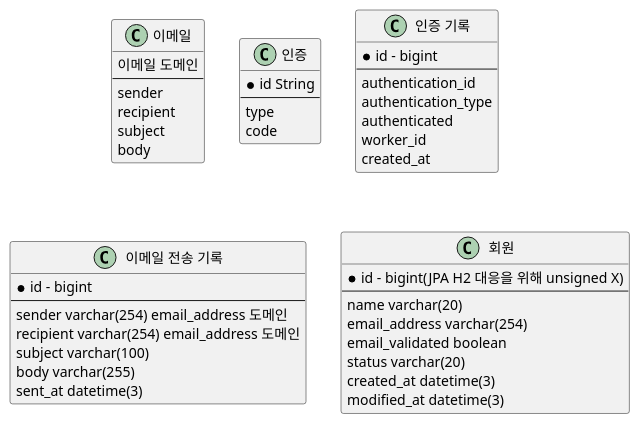
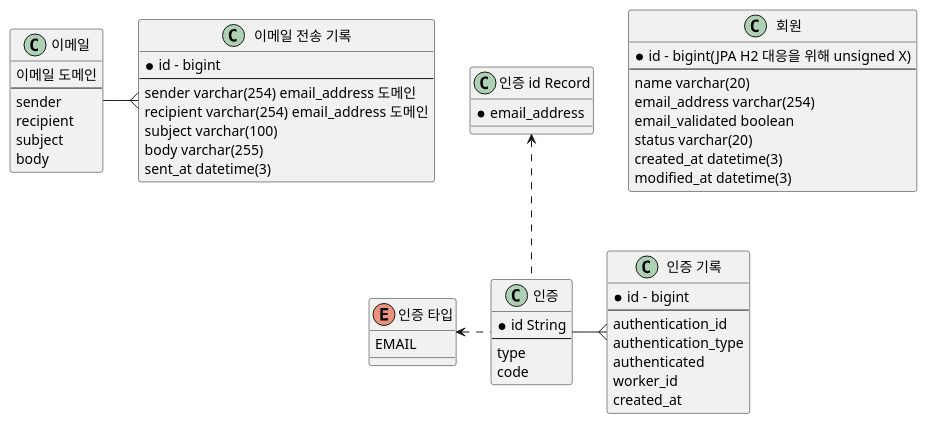
One commit to dykim-base-project/boot2-hexagonal changed the diagram in .uml/Domain.puml. Above: the diagram before and after it, drawn with PlantUML. The commit also changed 1 other file, not shown here.

Commit message:
chore: documentation 설정 추가, 도메인 관계 추가

```diff
--- a/.uml/Domain.puml
+++ b/.uml/Domain.puml
@@ -1,75 +1,88 @@
 @startuml
+
+class "회원" as member {
+    * id - bigint(JPA H2 대응을 위해 unsigned X)
+    ---
+    name varchar(20)
+    email_address varchar(254)
+    email_validated boolean
+    status varchar(20)
+    created_at datetime(3)
+    modified_at datetime(3)
+}
 
 class "이메일" as email {
     이메일 도메인
     ---
     sender
     recipient
     subject
     body
+}
+
+class "이메일 전송 기록" as email_send_history {
+    * id - bigint
+    ---
+    sender varchar(254) email_address 도메인
+    recipient varchar(254) email_address 도메인
+    subject varchar(100)
+    body varchar(255)
+    sent_at datetime(3)
+}
+
+email -{ email_send_history
+
+class "인증 id Record" as authentication_id {
+  * email_address
+}
+
+enum "인증 타입" as authentication_type {
+  EMAIL
 }
 
 class "인증" as authentication {
   * id String
   ---
   type
   code
 }
 
 class "인증 기록" as authentication_history {
   * id - bigint
   ---
   authentication_id
   authentication_type
   authenticated
   worker_id
   created_at
 }
 
-class "이메일 전송 기록" as email_send_history {
-    * id - bigint
-    ---
-    sender varchar(254) email_address 도메인
-    recipient varchar(254) email_address 도메인
-    subject varchar(100)
-    body varchar(255)
-    sent_at datetime(3)
-}
-
-class "회원" as member {
-    * id - bigint(JPA H2 대응을 위해 unsigned X)
-    ---
-    name varchar(20)
-    email_address varchar(254)
-    email_validated boolean
-    status varchar(20)
-    created_at datetime(3)
-    modified_at datetime(3)
-}
-
+authentication_type <. authentication
+authentication_id <.. authentication
+authentication -{ authentication_history
 
 'class "권한" {
 '    id
 '    ---
 '    권한 => 이메일_인증, 이메일_미인증, SNS_인증?
 '    스프링 시큐리티로 구현하셨음. 따라가보자.(도메인이 아닌거 같은데 그러면)
 '}
 
 ' TODO: 추후 작업 예정(프론트 없이 가능? 안되면 프론트 이후 작업)
 'class "SNS 인증" {
 '    id
 '    ___
 '    회원 id
 '    SNS 인증 종류
 '    리프레시 토큰 => 리프레시 토큰 만료 시 어떻게? 찾아보자.
 '}
 
 ' TODO: 추후 작업 예정
 'class "회원-권한" {
 '    회원 id
 '    권한 id
 '    ---
 '    굳이 관계 테이블까지?
 '}
 
 @enduml
```
